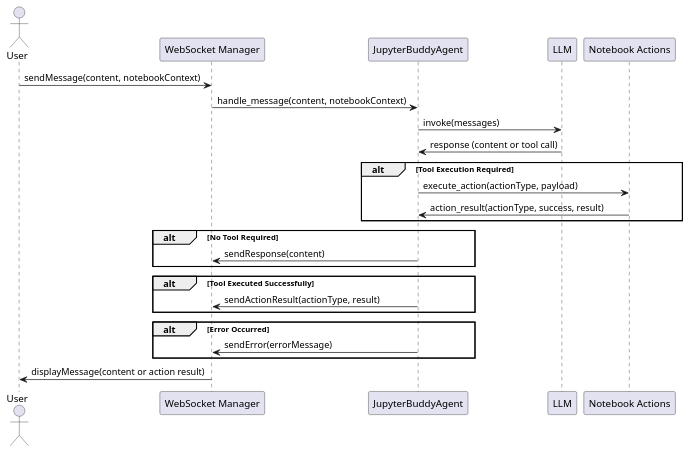
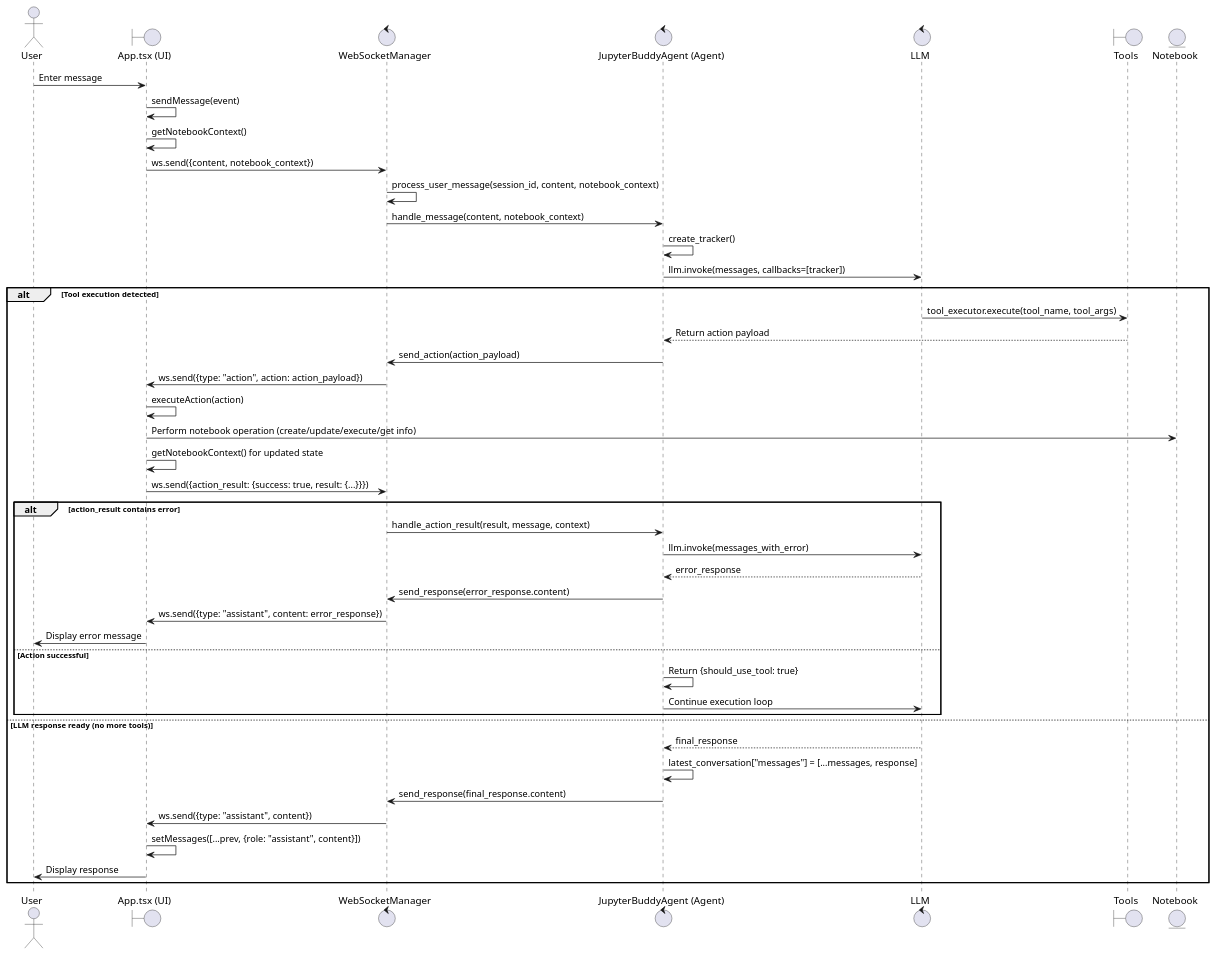
One commit to CMU-MSEAI-2025-CAP-JupyterTeam/juppyterBuddy-backend changed the diagram in docs/flow.plantuml. Above: the diagram before and after it, drawn with PlantUML. The commit also changed 1 other file, not shown here.

Commit message:
upldate uml

```diff
--- a/docs/flow.plantuml
+++ b/docs/flow.plantuml
@@ -1,32 +1,67 @@
-@startuml
+@startuml JupyterBuddy System Sequence Diagram
+
 actor User
-participant "WebSocket Manager" as WS
-participant "JupyterBuddyAgent" as Agent
-participant "LLM" as LLM
-participant "Notebook Actions" as Tools
 
-User -> WS : sendMessage(content, notebookContext)
-WS -> Agent : handle_message(content, notebookContext)
+' === Interface Layer (UI) ===
+boundary "App.tsx (UI)" as Frontend
 
-Agent -> LLM : invoke(messages)
-LLM -> Agent : response (content or tool call)
+' === Controller Layer (Backend) ===
+control WebSocketManager
+control "JupyterBuddyAgent (Agent)" as Agent
+control "LLM" as LLM
 
-alt Tool Execution Required
-    Agent -> Tools : execute_action(actionType, payload)
-    Tools -> Agent : action_result(actionType, success, result)
+' === Entity Layer (Processing & Actions) ===
+
+boundary Tools
+entity "Notebook" as Notebook
+
+' === User initiates a message ===
+User -> Frontend: Enter message
+Frontend -> Frontend: sendMessage(event)
+Frontend -> Frontend: getNotebookContext()
+Frontend -> WebSocketManager: ws.send({content, notebook_context})
+WebSocketManager -> WebSocketManager: process_user_message(session_id, content, notebook_context)
+WebSocketManager -> Agent: handle_message(content, notebook_context)
+
+' === Agent processes message ===
+Agent -> Agent: create_tracker()
+Agent -> LLM: llm.invoke(messages, callbacks=[tracker])
+
+alt Tool execution detected
+    ' === Tool execution flow ===
+    LLM -> Tools: tool_executor.execute(tool_name, tool_args)
+    Tools --> Agent: Return action payload
+    Agent -> WebSocketManager: send_action(action_payload)
+    WebSocketManager -> Frontend: ws.send({type: "action", action: action_payload})
+    
+    ' === Frontend executes action ===
+    Frontend -> Frontend: executeAction(action)
+    Frontend -> Notebook: Perform notebook operation (create/update/execute/get info)
+    Frontend -> Frontend: getNotebookContext() for updated state
+    
+    ' === Frontend sends action result back ===
+    Frontend -> WebSocketManager: ws.send({action_result: {success: true, result: {...}}})
+
+    alt action_result contains error
+        WebSocketManager -> Agent: handle_action_result(result, message, context)
+        Agent -> LLM: llm.invoke(messages_with_error)
+        LLM --> Agent: error_response
+        Agent -> WebSocketManager: send_response(error_response.content)
+        WebSocketManager -> Frontend: ws.send({type: "assistant", content: error_response})
+        Frontend -> User: Display error message
+    else Action successful
+        ' === Continue tool execution loop ===
+        Agent -> Agent: Return {should_use_tool: true}
+        Agent -> LLM: Continue execution loop
+    end
+else LLM response ready (no more tools)
+    ' === Final response to user ===
+    LLM --> Agent: final_response
+    Agent -> Agent: latest_conversation["messages"] = [...messages, response]
+    Agent -> WebSocketManager: send_response(final_response.content)
+    WebSocketManager -> Frontend: ws.send({type: "assistant", content})
+    Frontend -> Frontend: setMessages([...prev, {role: "assistant", content}])
+    Frontend -> User: Display response
 end
 
-alt No Tool Required
-    Agent -> WS : sendResponse(content)
-end
-
-alt Tool Executed Successfully
-    Agent -> WS : sendActionResult(actionType, result)
-end
-
-alt Error Occurred
-    Agent -> WS : sendError(errorMessage)
-end
-
-WS -> User : displayMessage(content or action result)
 @enduml
```
